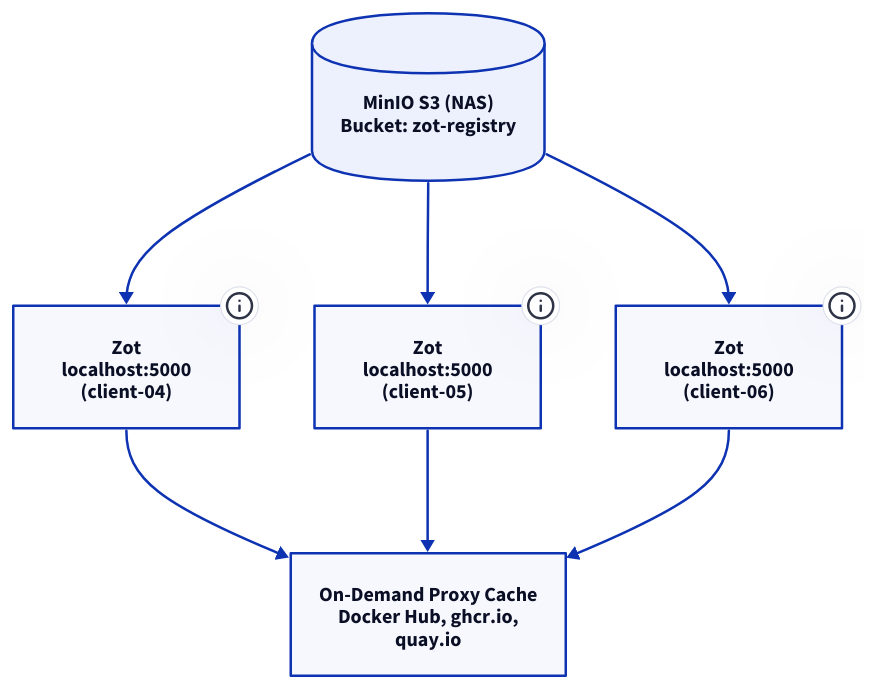
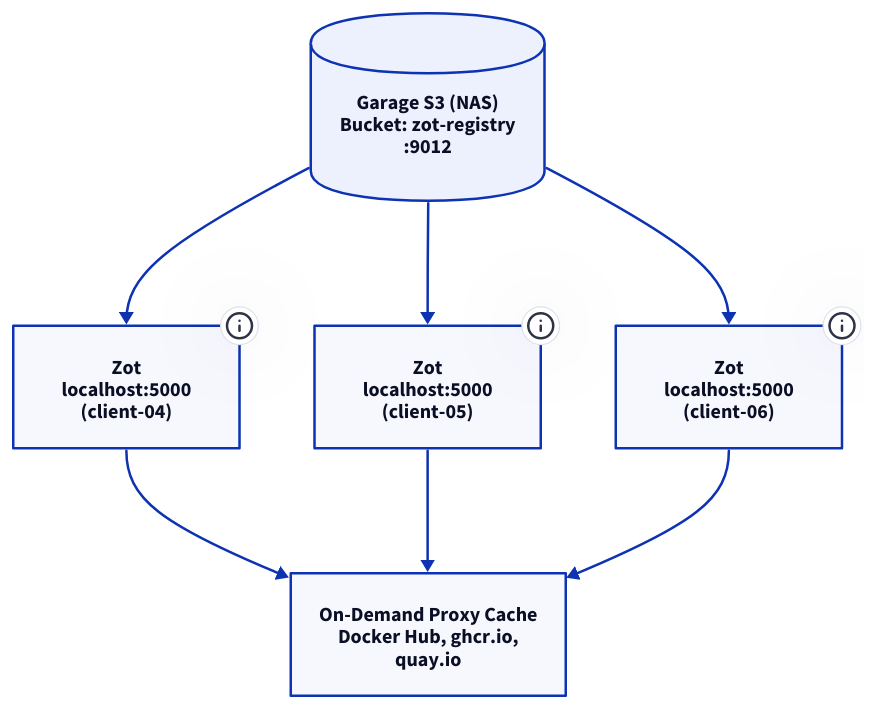
The diagram in docs/docker-registry/index.md (derever-labs/homelab-wiki), drawn with D2 before and after one commit. The commit also changed other lines of this file and 3 other files, not shown here.

First line of the commit message:
docs(garage): MinIO -> Garage Migration im NAS/Storage/Backup-Bereich abbilden (#10)

````diff
--- a/docs/docker-registry/index.md
+++ b/docs/docker-registry/index.md
@@ -38,16 +38,16 @@
 ```d2
 direction: down
 
-S3: "MinIO S3 (NAS)\nBucket: zot-registry" { shape: cylinder }
+S3: "Garage S3 (NAS)\nBucket: zot-registry\n:9012" { shape: cylinder }
 Zot1: "Zot\nlocalhost:5000\n(client-04)" { tooltip: 10.0.2.124 }
 Zot2: "Zot\nlocalhost:5000\n(client-05)" { tooltip: 10.0.2.125 }
 Zot3: "Zot\nlocalhost:5000\n(client-06)" { tooltip: 10.0.2.126 }
 Cache: "On-Demand Proxy Cache\nDocker Hub, ghcr.io,\nquay.io"
 
 S3 -> Zot1
 S3 -> Zot2
 S3 -> Zot3
 Zot1 -> Cache
 Zot2 -> Cache
 Zot3 -> Cache
 ```
````
